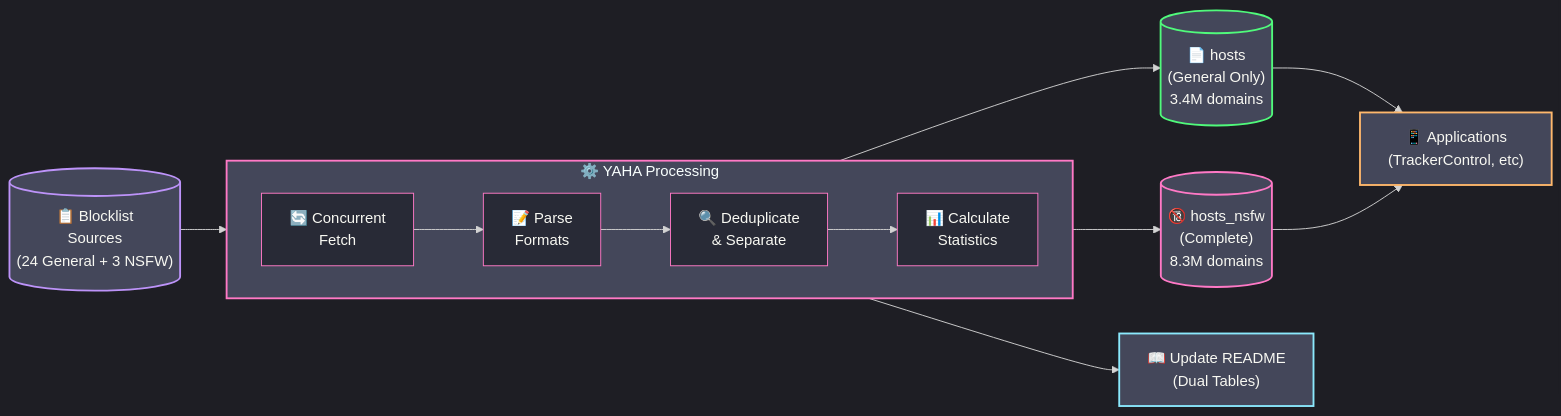
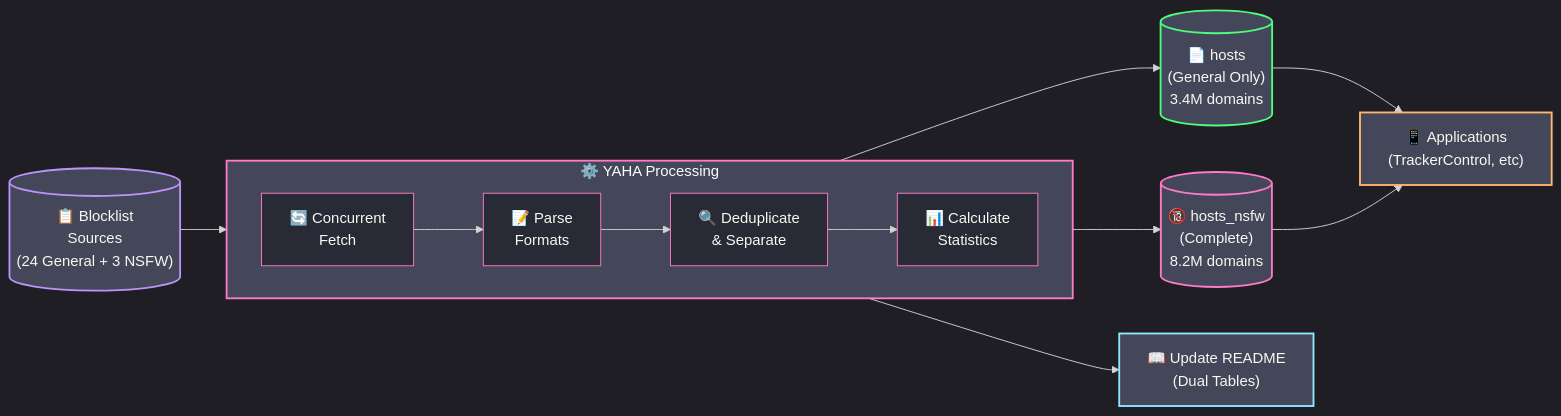
The diagram in README.md (scottdraper8/yaha), drawn with Mermaid before and after one commit. The commit also changed other lines of this file, not shown here.

Commit message:
Update blocklist stats: 3445321 general / 8230842 with NSFW [automated]

````diff
--- a/README.md
+++ b/README.md
@@ -42,35 +42,35 @@
 ```mermaid
 %%{init: {'theme': 'dark', 'themeVariables': {
     'primaryColor': '#ff79c6',
     'secondaryColor': '#bd93f9',
     'tertiaryColor': '#44475a',
     'mainBkg': '#282a36',
     'nodeBorder': '#ff79c6',
     'clusterBkg': '#44475a',
     'clusterBorder': '#bd93f9',
     'textColor': '#f8f8f2'
 }}}%%
 flowchart LR
     Sources[("📋 Blocklist<br/>Sources<br/>(24 General + 3 NSFW)")] --> Fetch
 
     subgraph Process["⚙️ YAHA Processing"]
         direction LR
         Fetch["🔄 Concurrent<br/>Fetch"] --> Parse["📝 Parse<br/>Formats"]
         Parse --> Dedupe["🔍 Deduplicate<br/>& Separate"]
         Dedupe --> Stats["📊 Calculate<br/>Statistics"]
     end
 
     Stats --> Output1[("📄 hosts<br/>(General Only)<br/>3.4M domains")]
-    Stats --> Output2[("🔞 hosts_nsfw<br/>(Complete)<br/>8.3M domains")]
+    Stats --> Output2[("🔞 hosts_nsfw<br/>(Complete)<br/>8.2M domains")]
     Stats --> README["📖 Update README<br/>(Dual Tables)"]
 
     Output1 --> Apps["📱 Applications<br/>(TrackerControl, etc)"]
     Output2 --> Apps
 
     style Sources fill:#44475a,stroke:#bd93f9,stroke-width:2px
     style Process fill:#44475a,stroke:#ff79c6,stroke-width:2px
     style Output1 fill:#44475a,stroke:#50fa7b,stroke-width:2px
     style Output2 fill:#44475a,stroke:#ff79c6,stroke-width:2px
     style README fill:#44475a,stroke:#8be9fd,stroke-width:2px
     style Apps fill:#44475a,stroke:#ffb86c,stroke-width:2px
 ```
````
